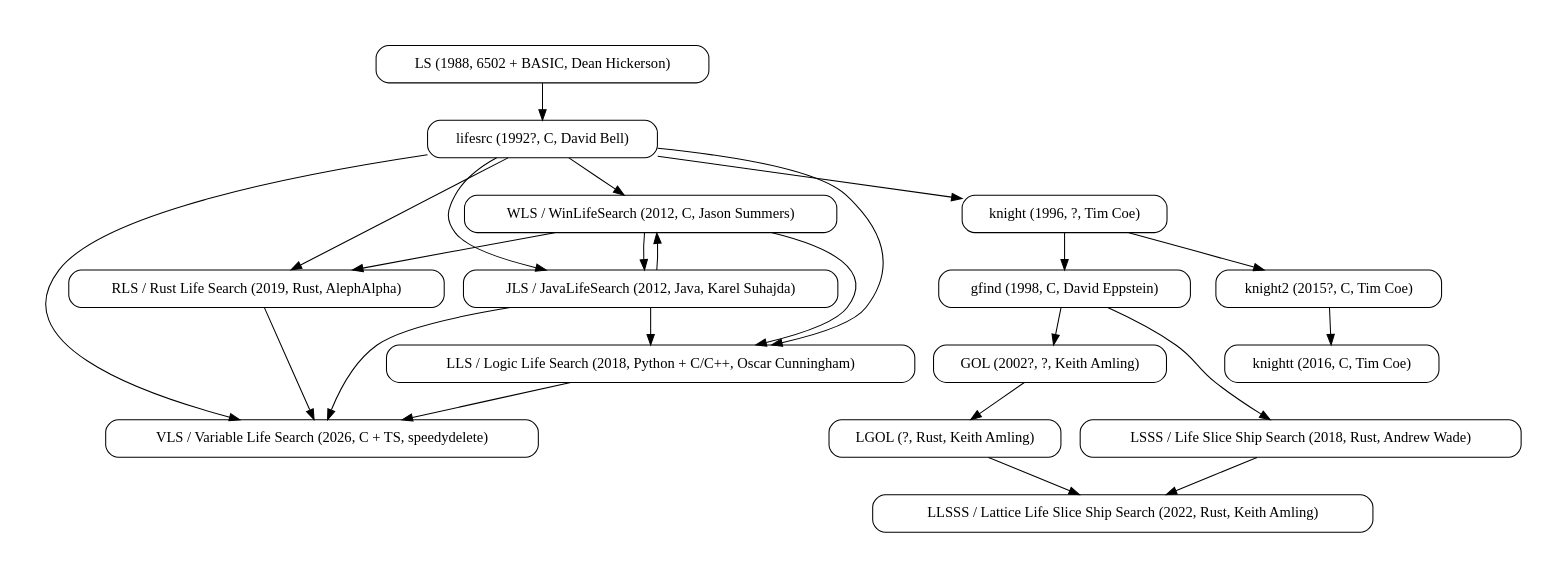
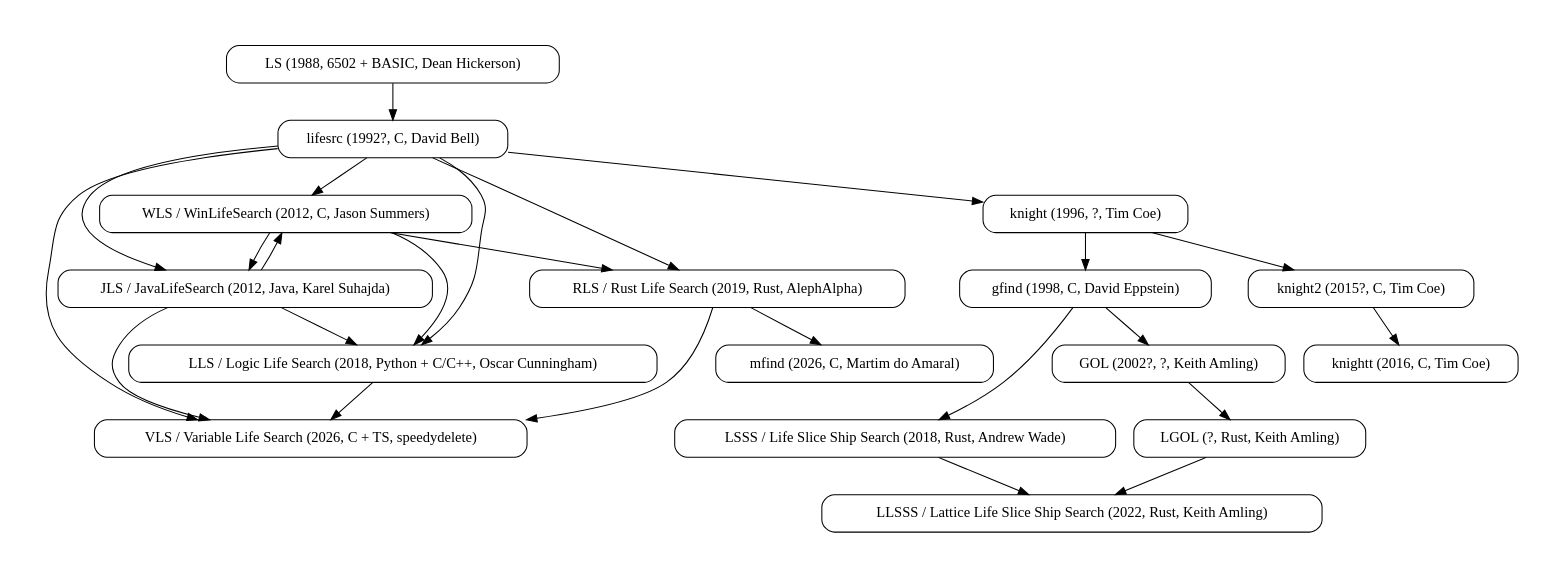
One commit to speedydelete/lifeweb changed the diagram in search_programs.dot. Above: the diagram before and after it, drawn with Graphviz.

Commit message:
add mfind

```diff
--- a/search_programs.dot
+++ b/search_programs.dot
@@ -1,53 +1,55 @@
 
 digraph search_programs {
     
     pad = "0.5"
     node [shape = box, style = rounded]
 
     "LS" [label="LS (1988, 6502 + BASIC, Dean Hickerson)", URL="https://github.com/DavidKinder/Xlife/blob/master/Xlife35/source/lifesearch/ORIGIN"]
     "lifesrc" [label="lifesrc (1992?, C, David Bell)", URL="https://github.com/DavidKinder/Xlife/tree/master/Xlife35/source/lifesearch"]
     "WLS" [label="WLS / WinLifeSearch (2012, C, Jason Summers)", URL="https://github.com/jsummers/winlifesearch/"]
     "JLS" [label="JLS / JavaLifeSearch (2012, Java, Karel Suhajda)", URL="https://conwaylife.com/forums/viewtopic.php?f=9&t=990"]
     "LLS" [label="LLS / Logic Life Search (2018, Python + C/C++, Oscar Cunningham)", URL="https://gitlab.com/OscarCunningham/logic-life-search/"]
     "RLS" [label="RLS / Rust Life Search (2019, Rust, AlephAlpha)", URL="https://github.com/AlephAlpha/rlifesrc"]
     "VLS" [label="VLS / Variable Life Search (2026, C + TS, speedydelete)", URL="https://github.com/speedydelete/lifeweb/tree/main/src/vls"]
+    "mfind" [label="mfind (2026, C, Martim do Amaral)", URL="https://conwaylife.com/forums/viewtopic.php?t=7497"]
 
     "LS" -> "lifesrc"
     "lifesrc" -> "WLS"
     "lifesrc" -> "JLS"
     "WLS" -> "JLS"
     "JLS" -> "WLS"
     "lifesrc" -> "LLS"
     "WLS" -> "LLS"
     "JLS" -> "LLS"
     "lifesrc" -> "RLS"
     "WLS" -> "RLS"
     "lifesrc" -> "VLS"
     "JLS" -> "VLS"
     "LLS" -> "VLS"
     "RLS" -> "VLS"
+    "RLS" -> "mfind"
 
     "knight" [label="knight (1996, ?, Tim Coe)", URL="https://arxiv.org/pdf/cs/0004003"]
     "knight2" [label="knight2 (2015?, C, Tim Coe)", URL="https://conwaylife.com/forums/viewtopic.php?t=1969"]
     "knightt" [label="knightt (2016, C, Tim Coe)", URL="https://conwaylife.com/forums/viewtopic.php?p=28891#p28891"]
 
     "lifesrc" -> "knight"
     "knight" -> "knight2"
     "knight2" -> "knightt"
 
     "gfind" [label="gfind (1998, C, David Eppstein)", URL="https://ics.uci.edu/~eppstein/ca/gfind.c"]
 
     "knight" -> "gfind"
 
     "GOL" [label="GOL (2002?, ?, Keith Amling)", URL="https://codeberg.org/amling/rlife/"]
     "LGOL" [label="LGOL (?, Rust, Keith Amling)", URL="https://codeberg.org/amling/rlife/"]
     "LSSS" [label="LSSS / Life Slice Ship Search (2018, Rust, Andrew Wade)", URL="https://codeberg.org/ajwade/life_slice_ship_search"]
     "LLSSS" [label="LLSSS / Lattice Life Slice Ship Search (2022, Rust, Keith Amling)", URL="https://codeberg.org/amling/rlife/"]
 
     "gfind" -> "GOL"
     "GOL" -> "LGOL"
     "gfind" -> "LSSS"
     "LGOL" -> "LLSSS"
     "LSSS" -> "LLSSS"
 
 }
```
